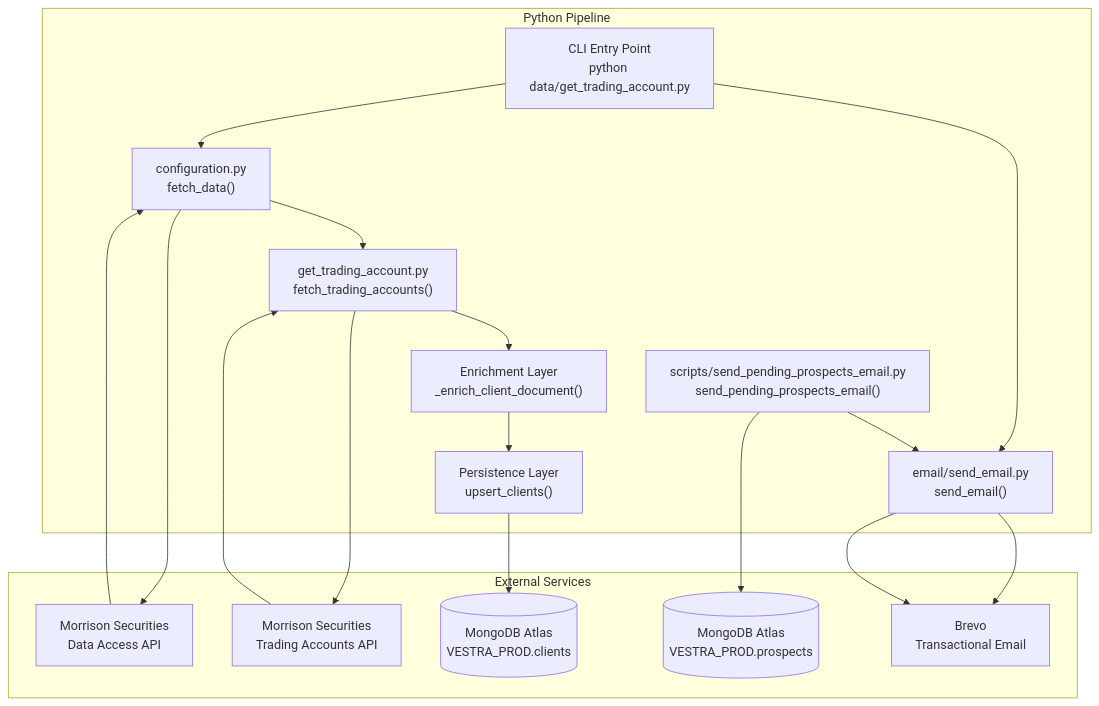
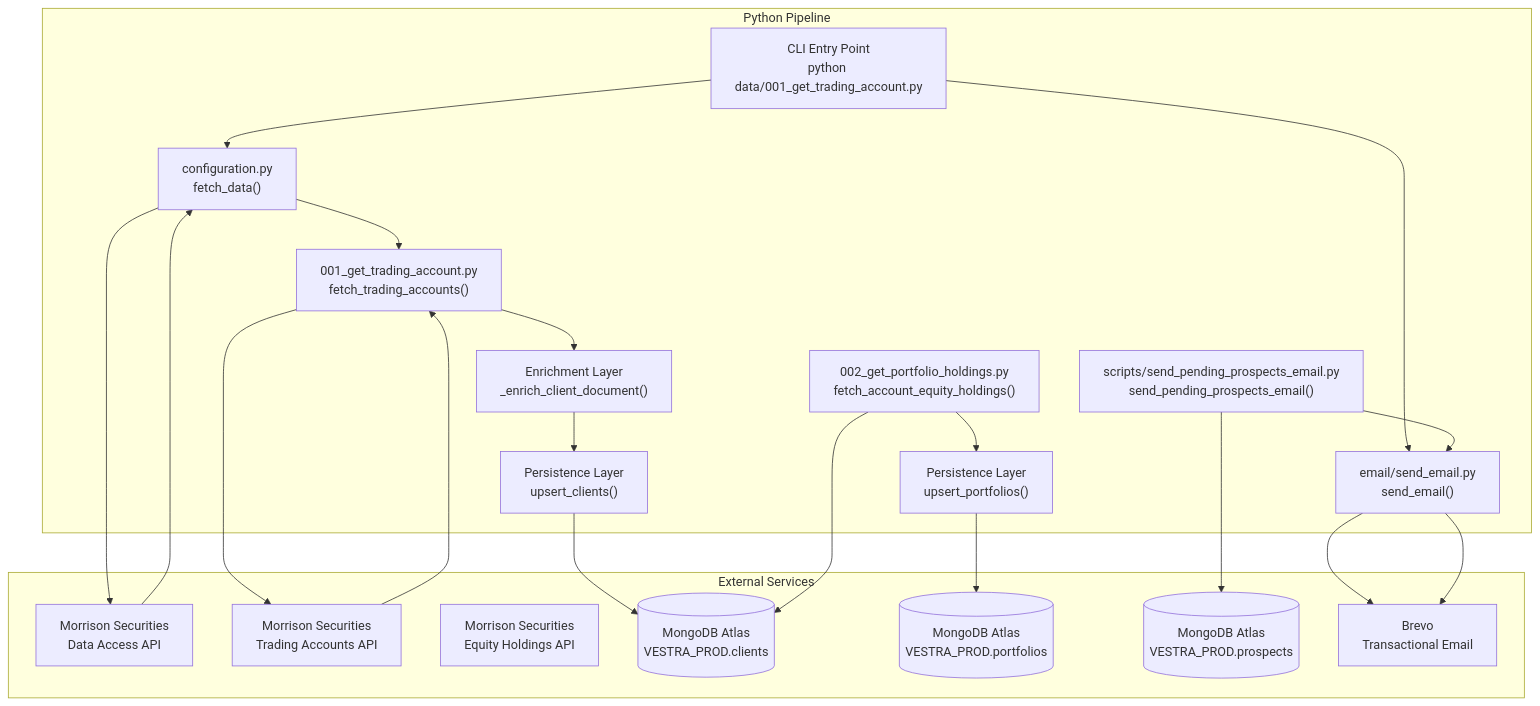
The second of 7 diagrams in README.md (Vestra-Capital/VES-data-collection-processing), drawn with Mermaid before and after one commit. The commit also changed other lines of this file and 6 other files, not shown here.

Commit message:
dev-portfolio-trading-account-upsert-validation-structure-

````diff
--- a/README.md
+++ b/README.md
@@ -63,35 +64,42 @@
 ```mermaid
 graph TB
     subgraph "Python Pipeline"
-        CLI["CLI Entry Point<br/>python data/get_trading_account.py"]
+        CLI["CLI Entry Point<br/>python data/001_get_trading_account.py"]
         CONFIG["configuration.py<br/>fetch_data()"]
-        FETCHER["get_trading_account.py<br/>fetch_trading_accounts()"]
+        FETCHER["001_get_trading_account.py<br/>fetch_trading_accounts()"]
         ENRICH["Enrichment Layer<br/>_enrich_client_document()"]
         PERSIST["Persistence Layer<br/>upsert_clients()"]
         EMAIL["email/send_email.py<br/>send_email()"]
         PROSPECTS["scripts/send_pending_prospects_email.py<br/>send_pending_prospects_email()"]
+        HOLDINGS["002_get_portfolio_holdings.py<br/>fetch_account_equity_holdings()"]
+        HOLDINGS_PERSIST["Persistence Layer<br/>upsert_portfolios()"]
     end
 
     subgraph "External Services"
         MORRISON_CONFIG["Morrison Securities<br/>Data Access API"]
         MORRISON_TRADE["Morrison Securities<br/>Trading Accounts API"]
+        MORRISON_HOLDINGS["Morrison Securities<br/>Equity Holdings API"]
         MONGO[(MongoDB Atlas<br/>VESTRA_PROD.clients)]
+        PORTFOLIO_MONGO[(MongoDB Atlas<br/>VESTRA_PROD.portfolios)]
         PROSPECTS_MONGO[(MongoDB Atlas<br/>VESTRA_PROD.prospects)]
         BREVO["Brevo<br/>Transactional Email"]
     end
 
     CLI --> CONFIG
     CONFIG --> MORRISON_CONFIG
     MORRISON_CONFIG --> CONFIG
     CONFIG --> FETCHER
     FETCHER --> MORRISON_TRADE
     MORRISON_TRADE --> FETCHER
     FETCHER --> ENRICH
     ENRICH --> PERSIST
     PERSIST --> MONGO
     CLI --> EMAIL
     EMAIL --> BREVO
     PROSPECTS --> PROSPECTS_MONGO
     PROSPECTS --> EMAIL
     EMAIL --> BREVO
+    HOLDINGS --> MONGO
+    HOLDINGS --> HOLDINGS_PERSIST
+    HOLDINGS_PERSIST --> PORTFOLIO_MONGO
 ```
````
